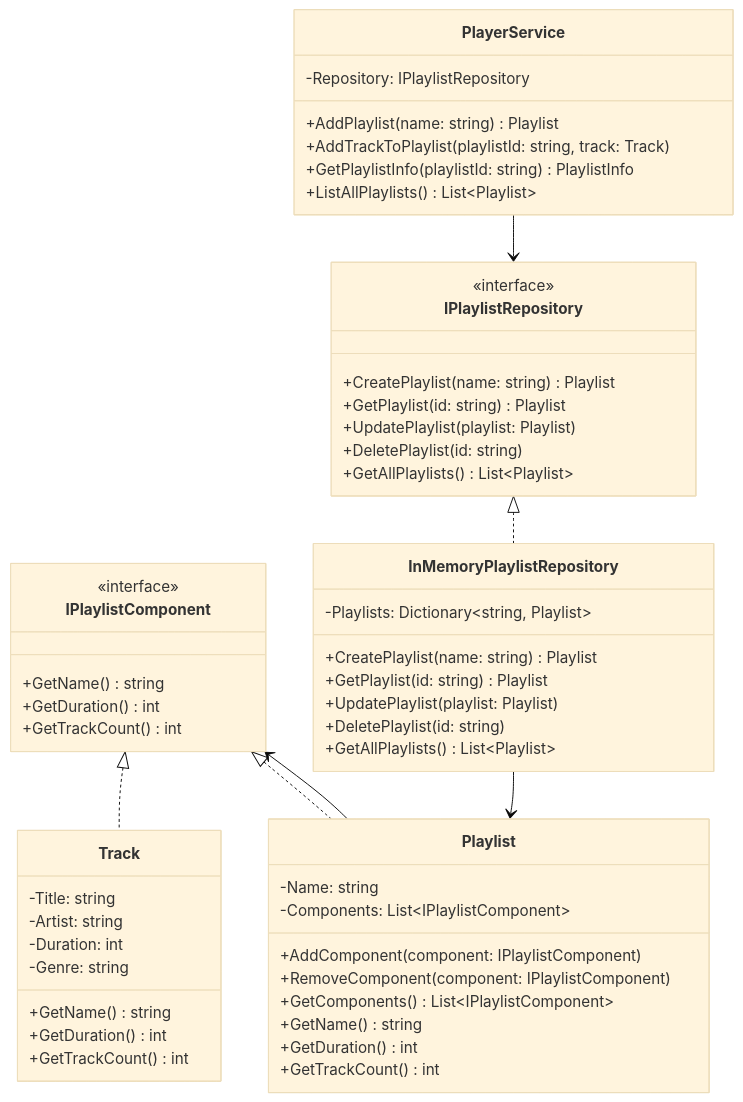
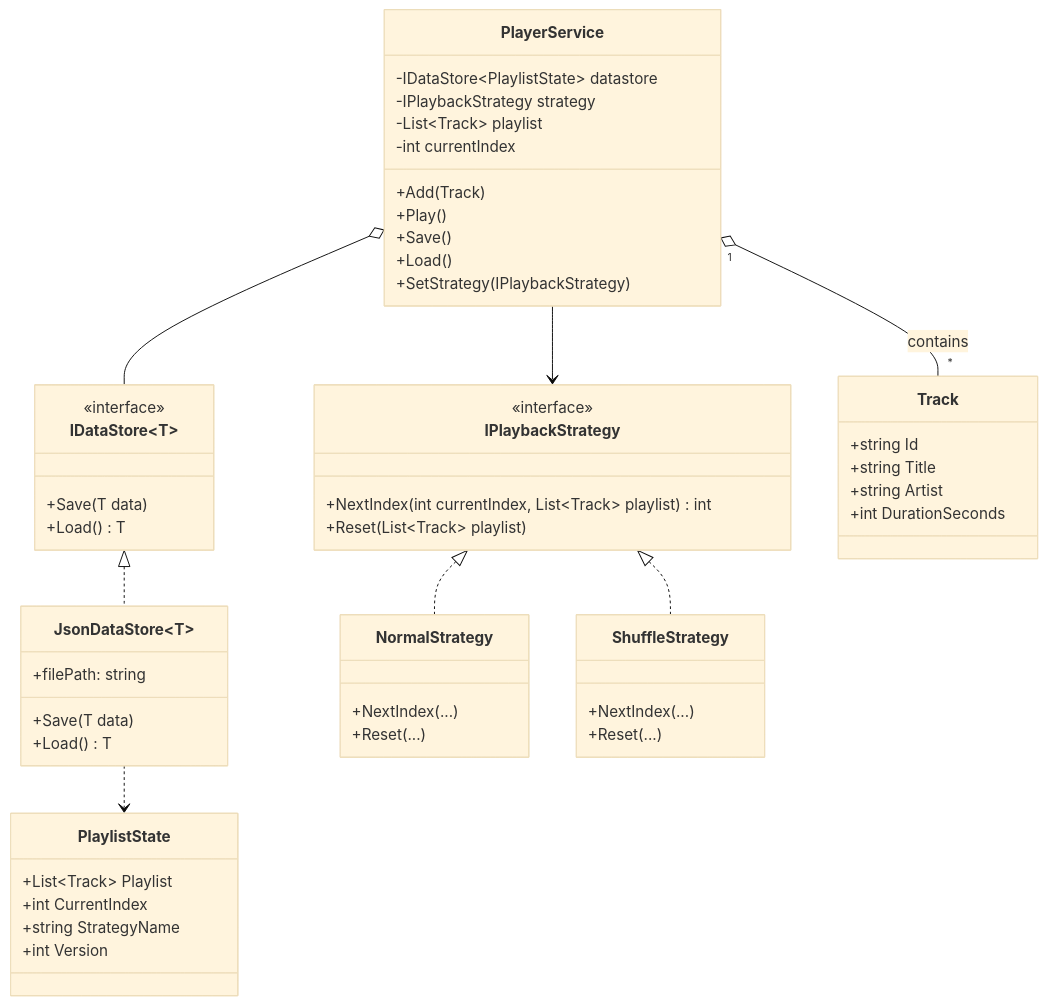
The diagram in docs/class-diagram.md (andron2304/OOP_MiniProject_OOP), drawn with Mermaid (base theme) before and after one commit. The commit also changed 13 other files, not shown here.

````diff
--- a/docs/class-diagram.md
+++ b/docs/class-diagram.md
@@ -3,67 +1,67 @@
 ```mermaid
 classDiagram
-    %% Domain Layer
-    class IPlaylistComponent {
+    class IDataStore~T~ {
         <<interface>>
-        +GetName() string
-        +GetDuration() int
-        +GetTrackCount() int
+        +Save(T data)
+        +Load() T
     }
 
-    class Track {
-        -Title: string
-        -Artist: string
-        -Duration: int
-        -Genre: string
-        +GetName() string
-        +GetDuration() int
-        +GetTrackCount() int
+    class JsonDataStore~T~ {
+        +filePath: string
+        +Save(T data)
+        +Load() T
     }
 
-    class Playlist {
-        -Name: string
-        -Components: List~IPlaylistComponent~
-        +AddComponent(component: IPlaylistComponent)
-        +RemoveComponent(component: IPlaylistComponent)
-        +GetComponents() List~IPlaylistComponent~
-        +GetName() string
-        +GetDuration() int
-        +GetTrackCount() int
+    IDataStore~T~ <|.. JsonDataStore~T~
+
+    class IPlaybackStrategy {
+        <<interface>>
+        +NextIndex(int currentIndex, List~Track~ playlist) int
+        +Reset(List~Track~ playlist)
     }
 
-    %% Application Layer
-    class IPlaylistRepository {
-        <<interface>>
-        +CreatePlaylist(name: string) Playlist
-        +GetPlaylist(id: string) Playlist
-        +UpdatePlaylist(playlist: Playlist)
-        +DeletePlaylist(id: string)
-        +GetAllPlaylists() List~Playlist~
+    class NormalStrategy {
+        +NextIndex(...)
+        +Reset(...)
     }
 
-    class PlayerService {
-        -Repository: IPlaylistRepository
-        +AddPlaylist(name: string) Playlist
-        +AddTrackToPlaylist(playlistId: string, track: Track)
-        +GetPlaylistInfo(playlistId: string) PlaylistInfo
-        +ListAllPlaylists() List~Playlist~
+    class ShuffleStrategy {
+        +NextIndex(...)
+        +Reset(...)
     }
 
-    %% Infrastructure Layer
-    class InMemoryPlaylistRepository {
-        -Playlists: Dictionary~string, Playlist~
-        +CreatePlaylist(name: string) Playlist
-        +GetPlaylist(id: string) Playlist
-        +UpdatePlaylist(playlist: Playlist)
-        +DeletePlaylist(id: string)
-        +GetAllPlaylists() List~Playlist~
+    IPlaybackStrategy <|.. NormalStrategy
+    IPlaybackStrategy <|.. ShuffleStrategy
+
+    class PlayerService {
+        -IDataStore~PlaylistState~ datastore
+        -IPlaybackStrategy strategy
+        -List~Track~ playlist
+        -int currentIndex
+        +Add(Track)
+        +Play()
+        +Save()
+        +Load()
+        +SetStrategy(IPlaybackStrategy)
     }
 
-    %% Relationships
-    IPlaylistComponent <|.. Track
-    IPlaylistComponent <|.. Playlist
-    Playlist --> IPlaylistComponent
-    PlayerService --> IPlaylistRepository
-    IPlaylistRepository <|.. InMemoryPlaylistRepository
-    InMemoryPlaylistRepository --> Playlist
+    PlayerService o-- IDataStore~PlaylistState~
+    PlayerService --> IPlaybackStrategy
+    PlayerService "1" o-- "*" Track : contains
+
+    class Track {
+        +string Id
+        +string Title
+        +string Artist
+        +int DurationSeconds
+    }
+
+    class PlaylistState {
+        +List~Track~ Playlist
+        +int CurrentIndex
+        +string StrategyName
+        +int Version
+    }
+
+    JsonDataStore~PlaylistState~ ..> PlaylistState
 ```
````
